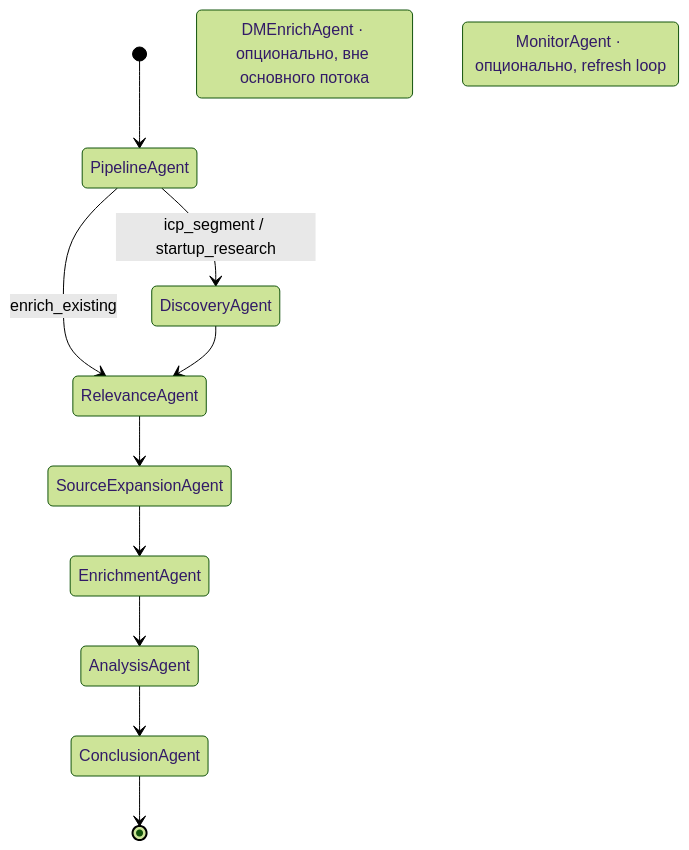
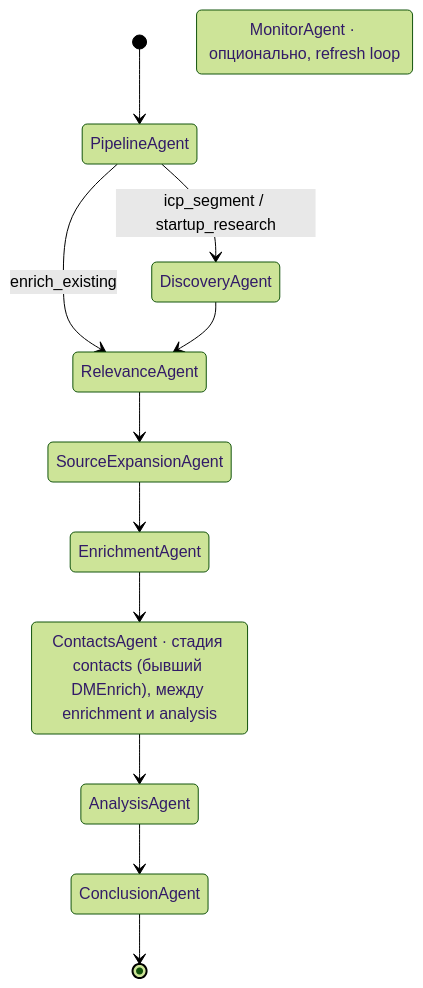
Before and after one commit to Katoli-IV-ka/kvetio-agent: the third of 5 diagrams in ARCHITECTURE.md, drawn with Mermaid (forest theme). The commit also changed other lines of this file, not shown here.

Commit message:
docs(architecture): reflect Phase 1 (data_partner, financial resolvers, Contacts stage, record types)

````diff
--- a/ARCHITECTURE.md
+++ b/ARCHITECTURE.md
@@ -312,17 +316,18 @@
 ```mermaid
 stateDiagram-v2
     [*] --> PipelineAgent
 
     PipelineAgent --> DiscoveryAgent : icp_segment / startup_research
     PipelineAgent --> RelevanceAgent : enrich_existing
 
     DiscoveryAgent --> RelevanceAgent
     RelevanceAgent --> SourceExpansionAgent
     SourceExpansionAgent --> EnrichmentAgent
-    EnrichmentAgent --> AnalysisAgent
+    EnrichmentAgent --> ContactsAgent
+    ContactsAgent --> AnalysisAgent
     AnalysisAgent --> ConclusionAgent
     ConclusionAgent --> [*]
 
-    DMEnrichAgent : DMEnrichAgent · опционально, вне основного потока
+    ContactsAgent : ContactsAgent · стадия contacts (бывший DMEnrich), между enrichment и analysis
     MonitorAgent : MonitorAgent · опционально, refresh loop
 ```
````
